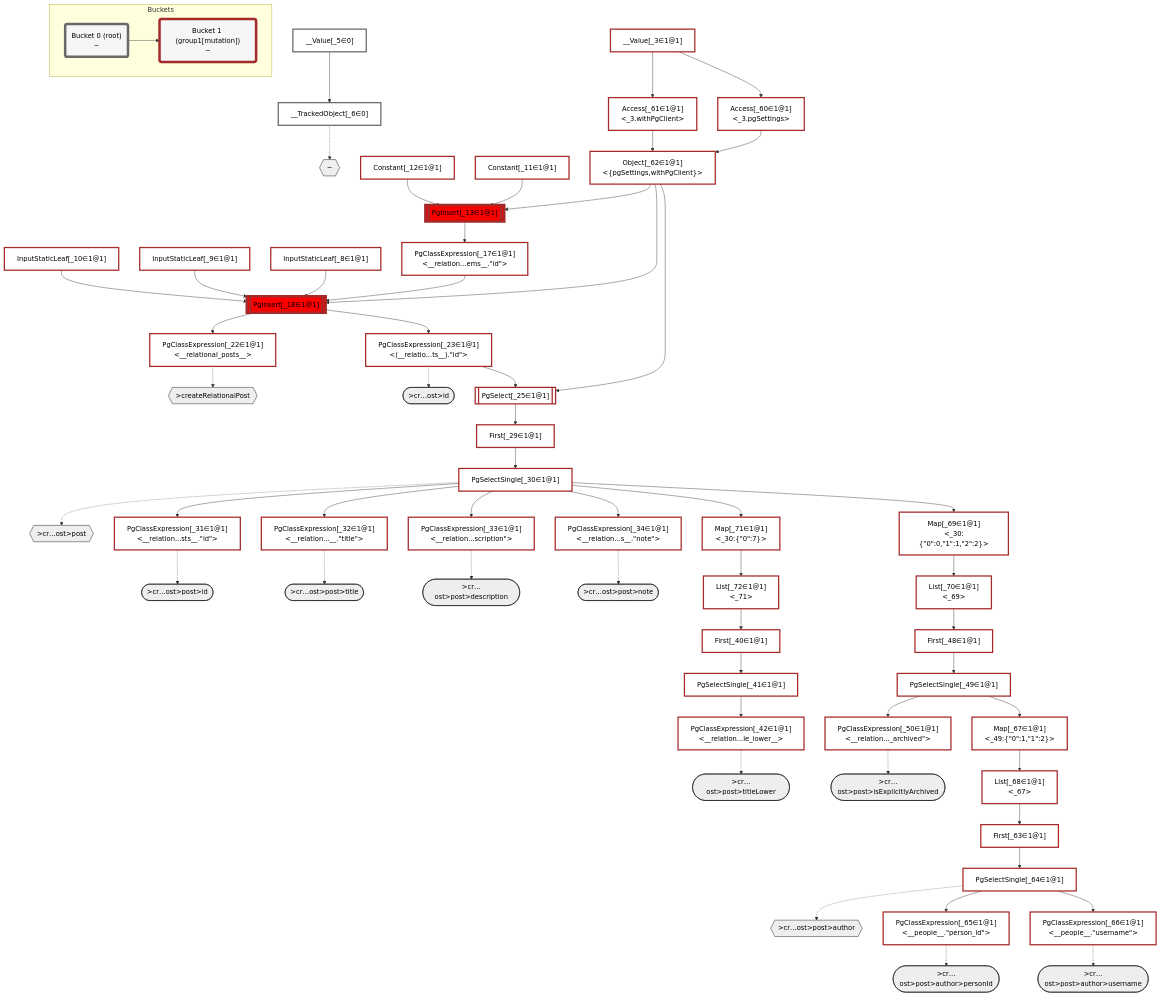
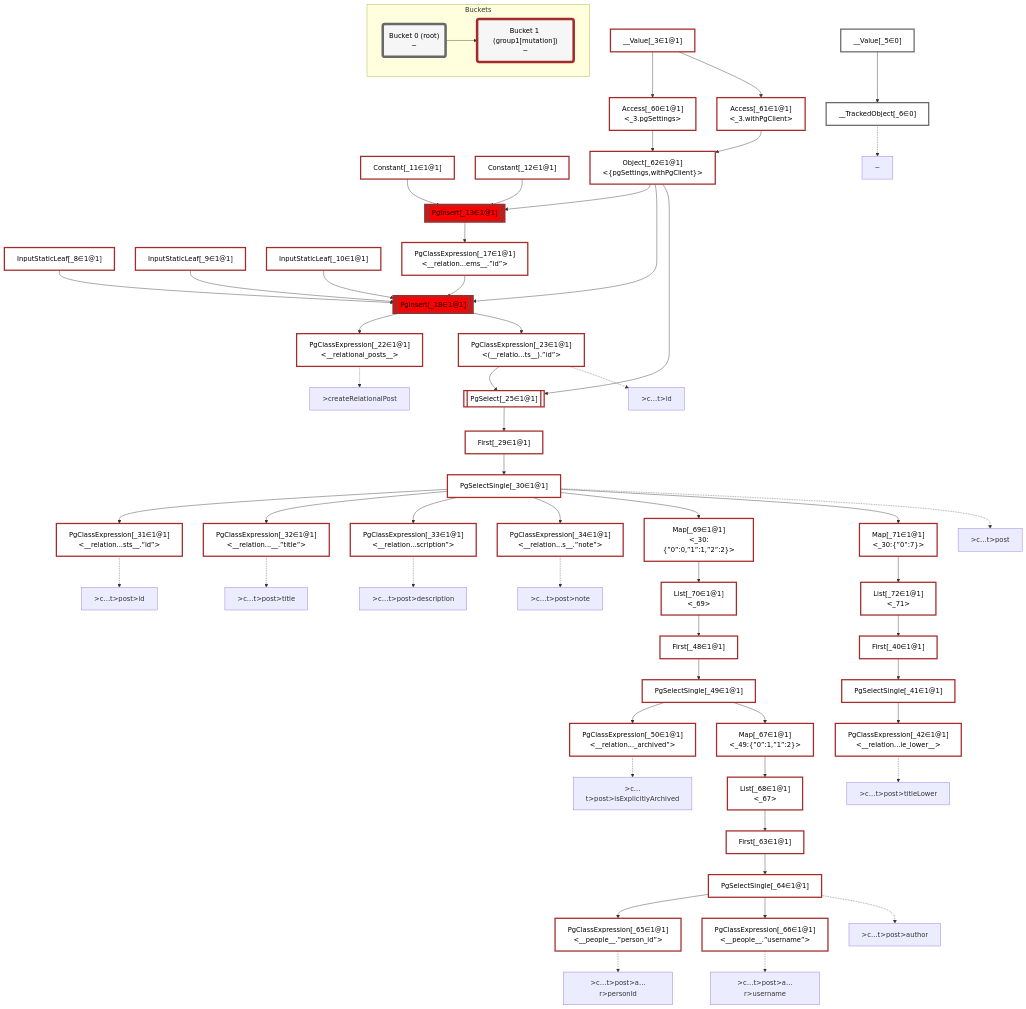
One commit to graphile/crystal changed the diagram in packages/dataplan-pg/__tests__/mutations/basics/create-relational-post.mermaid.md. Above: the diagram before and after it, drawn with Mermaid. The commit also changed 195 other files, not shown here.

```diff
--- a/packages/dataplan-pg/__tests__/mutations/basics/create-relational-post.mermaid.md
+++ b/packages/dataplan-pg/__tests__/mutations/basics/create-relational-post.mermaid.md
@@ -6,33 +6,6 @@
     classDef sideeffectplan fill:#f00,stroke-width:6px,color:#000
     classDef bucket fill:#f6f6f6,color:#000,stroke-width:6px
 
-    %% subgraph fields
-    P1{{"~"}}:::path
-    P2{{">createRelationalPost"}}:::path
-    P3([">cr…ost>id"]):::path
-    %% P2 -.-> P3
-    P4{{">cr…ost>post"}}:::path
-    P5([">cr…ost>post>id"]):::path
-    %% P4 -.-> P5
-    P6([">cr…ost>post>title"]):::path
-    %% P4 -.-> P6
-    P7([">cr…ost>post>description"]):::path
-    %% P4 -.-> P7
-    P8([">cr…ost>post>note"]):::path
-    %% P4 -.-> P8
-    P9([">cr…ost>post>titleLower"]):::path
-    %% P4 -.-> P9
-    P10([">cr…ost>post>isExplicitlyArchived"]):::path
-    %% P4 -.-> P10
-    P11{{">cr…ost>post>author"}}:::path
-    P12([">cr…ost>post>author>personId"]):::path
-    %% P11 -.-> P12
-    P13([">cr…ost>post>author>username"]):::path
-    %% P11 -.-> P13
-    %% P4 -.-> P11
-    %% P2 -.-> P4
-    %% P1 -.-> P2
-    %% end
 
     %% define plans
     __Value_3["__Value[_3∈1@1]<br /><context>"]:::plan
@@ -44,35 +17,35 @@
     Constant_11["Constant[_11∈1@1]"]:::plan
     Constant_12["Constant[_12∈1@1]"]:::plan
     PgInsert_13[["PgInsert[_13∈1@1]"]]:::sideeffectplan
-    PgClassExpression_17["PgClassExpression[_17∈1@1]<br /><__relation...ems__.#quot;id#quot;>"]:::plan
+    PgClassExpression_17["PgClassExpression[_17∈1@1]<br /><__relation...ems__.”id”>"]:::plan
     PgInsert_18[["PgInsert[_18∈1@1]"]]:::sideeffectplan
     PgClassExpression_22["PgClassExpression[_22∈1@1]<br /><__relational_posts__>"]:::plan
-    PgClassExpression_23["PgClassExpression[_23∈1@1]<br /><(__relatio...ts__).#quot;id#quot;>"]:::plan
+    PgClassExpression_23["PgClassExpression[_23∈1@1]<br /><(__relatio...ts__).”id”>"]:::plan
     PgSelect_25[["PgSelect[_25∈1@1]<br /><relational_posts>"]]:::plan
     First_29["First[_29∈1@1]"]:::plan
     PgSelectSingle_30["PgSelectSingle[_30∈1@1]<br /><relational_posts>"]:::plan
-    PgClassExpression_31["PgClassExpression[_31∈1@1]<br /><__relation...sts__.#quot;id#quot;>"]:::plan
-    PgClassExpression_32["PgClassExpression[_32∈1@1]<br /><__relation...__.#quot;title#quot;>"]:::plan
-    PgClassExpression_33["PgClassExpression[_33∈1@1]<br /><__relation...scription#quot;>"]:::plan
-    PgClassExpression_34["PgClassExpression[_34∈1@1]<br /><__relation...s__.#quot;note#quot;>"]:::plan
+    PgClassExpression_31["PgClassExpression[_31∈1@1]<br /><__relation...sts__.”id”>"]:::plan
+    PgClassExpression_32["PgClassExpression[_32∈1@1]<br /><__relation...__.”title”>"]:::plan
+    PgClassExpression_33["PgClassExpression[_33∈1@1]<br /><__relation...scription”>"]:::plan
+    PgClassExpression_34["PgClassExpression[_34∈1@1]<br /><__relation...s__.”note”>"]:::plan
     First_40["First[_40∈1@1]"]:::plan
     PgSelectSingle_41["PgSelectSingle[_41∈1@1]<br /><text>"]:::plan
     PgClassExpression_42["PgClassExpression[_42∈1@1]<br /><__relation...le_lower__>"]:::plan
     First_48["First[_48∈1@1]"]:::plan
     PgSelectSingle_49["PgSelectSingle[_49∈1@1]<br /><relational_items>"]:::plan
-    PgClassExpression_50["PgClassExpression[_50∈1@1]<br /><__relation..._archived#quot;>"]:::plan
+    PgClassExpression_50["PgClassExpression[_50∈1@1]<br /><__relation..._archived”>"]:::plan
     Access_60["Access[_60∈1@1]<br /><_3.pgSettings>"]:::plan
     Access_61["Access[_61∈1@1]<br /><_3.withPgClient>"]:::plan
     Object_62["Object[_62∈1@1]<br /><{pgSettings,withPgClient}>"]:::plan
     First_63["First[_63∈1@1]"]:::plan
     PgSelectSingle_64["PgSelectSingle[_64∈1@1]<br /><people>"]:::plan
-    PgClassExpression_65["PgClassExpression[_65∈1@1]<br /><__people__.#quot;person_id#quot;>"]:::plan
-    PgClassExpression_66["PgClassExpression[_66∈1@1]<br /><__people__.#quot;username#quot;>"]:::plan
-    Map_67["Map[_67∈1@1]<br /><_49:{#quot;0#quot;:1,#quot;1#quot;:2}>"]:::plan
+    PgClassExpression_65["PgClassExpression[_65∈1@1]<br /><__people__.”person_id”>"]:::plan
+    PgClassExpression_66["PgClassExpression[_66∈1@1]<br /><__people__.”username”>"]:::plan
+    Map_67["Map[_67∈1@1]<br /><_49:{”0”:1,”1”:2}>"]:::plan
     List_68["List[_68∈1@1]<br /><_67>"]:::plan
-    Map_69["Map[_69∈1@1]<br /><_30:{#quot;0#quot;:0,#quot;1#quot;:1,#quot;2#quot;:2}>"]:::plan
+    Map_69["Map[_69∈1@1]<br /><_30:{”0”:0,”1”:1,”2”:2}>"]:::plan
     List_70["List[_70∈1@1]<br /><_69>"]:::plan
-    Map_71["Map[_71∈1@1]<br /><_30:{#quot;0#quot;:7}>"]:::plan
+    Map_71["Map[_71∈1@1]<br /><_30:{”0”:7}>"]:::plan
     List_72["List[_72∈1@1]<br /><_71>"]:::plan
 
     %% plan dependencies
@@ -118,18 +91,31 @@
     Map_71 --> List_72
 
     %% plan-to-path relationships
+    P1["~"]
     __TrackedObject_6 -.-> P1
+    P2[">createRelationalPost"]
     PgClassExpression_22 -.-> P2
+    P3[">c…t>id"]
     PgClassExpression_23 -.-> P3
+    P4[">c…t>post"]
     PgSelectSingle_30 -.-> P4
+    P5[">c…t>post>id"]
     PgClassExpression_31 -.-> P5
+    P6[">c…t>post>title"]
     PgClassExpression_32 -.-> P6
+    P7[">c…t>post>description"]
     PgClassExpression_33 -.-> P7
+    P8[">c…t>post>note"]
     PgClassExpression_34 -.-> P8
+    P9[">c…t>post>titleLower"]
     PgClassExpression_42 -.-> P9
+    P10[">c…t>post>isExplicitlyArchived"]
     PgClassExpression_50 -.-> P10
+    P11[">c…t>post>author"]
     PgSelectSingle_64 -.-> P11
+    P12[">c…t>post>a…r>personId"]
     PgClassExpression_65 -.-> P12
+    P13[">c…t>post>a…r>username"]
     PgClassExpression_66 -.-> P13
 
     %% allocate buckets
```
